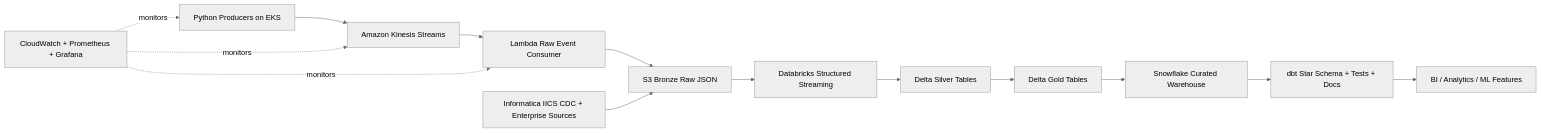
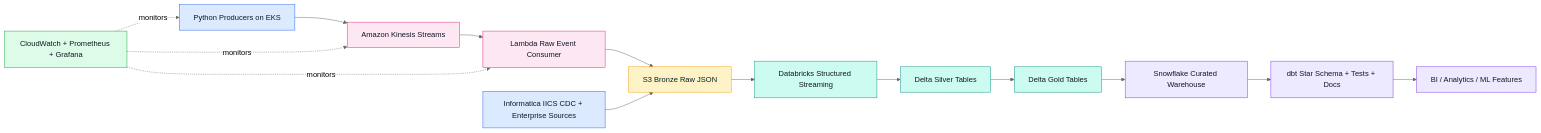
One commit to sujoy-halder/real-time-ecommerce-analytics-platform-aws changed the first of 2 diagrams in README.md. Above: the diagram before and after it, drawn with Mermaid (neutral theme). The commit also changed other lines of this file and 42 other files, not shown here.

Commit message:
feat: add real-time ecommerce analytics platform on AWS

````diff
--- a/README.md
+++ b/README.md
@@ -17,16 +49,31 @@
 ```mermaid
 flowchart LR
     Producers["Python Producers on EKS"] --> Kinesis["Amazon Kinesis Streams"]
     Kinesis --> Lambda["Lambda Raw Event Consumer"]
     Lambda --> Bronze["S3 Bronze Raw JSON"]
     Bronze --> Databricks["Databricks Structured Streaming"]
     Databricks --> Silver["Delta Silver Tables"]
     Silver --> Gold["Delta Gold Tables"]
     Gold --> Snowflake["Snowflake Curated Warehouse"]
-    Snowflake --> dbt["dbt Star Schema + Tests + Docs"]
-    dbt --> BI["BI / Analytics / ML Features"]
+    Snowflake --> DBT["dbt Star Schema + Tests + Docs"]
+    DBT --> BI["BI / Analytics / ML Features"]
+
     Informatica["Informatica IICS CDC + Enterprise Sources"] --> Bronze
     CloudWatch["CloudWatch + Prometheus + Grafana"] -. monitors .-> Producers
     CloudWatch -. monitors .-> Kinesis
     CloudWatch -. monitors .-> Lambda
+
+    classDef source fill:#DBEAFE,stroke:#2563EB,color:#111827;
+    classDef stream fill:#FCE7F3,stroke:#DB2777,color:#111827;
+    classDef aws fill:#FEF3C7,stroke:#F59E0B,color:#111827;
+    classDef lake fill:#CCFBF1,stroke:#0D9488,color:#111827;
+    classDef warehouse fill:#EDE9FE,stroke:#7C3AED,color:#111827;
+    classDef monitor fill:#DCFCE7,stroke:#16A34A,color:#111827;
+
+    class Producers,Informatica source;
+    class Kinesis,Lambda stream;
+    class Bronze aws;
+    class Databricks,Silver,Gold lake;
+    class Snowflake,DBT,BI warehouse;
+    class CloudWatch monitor;
 ```
````
